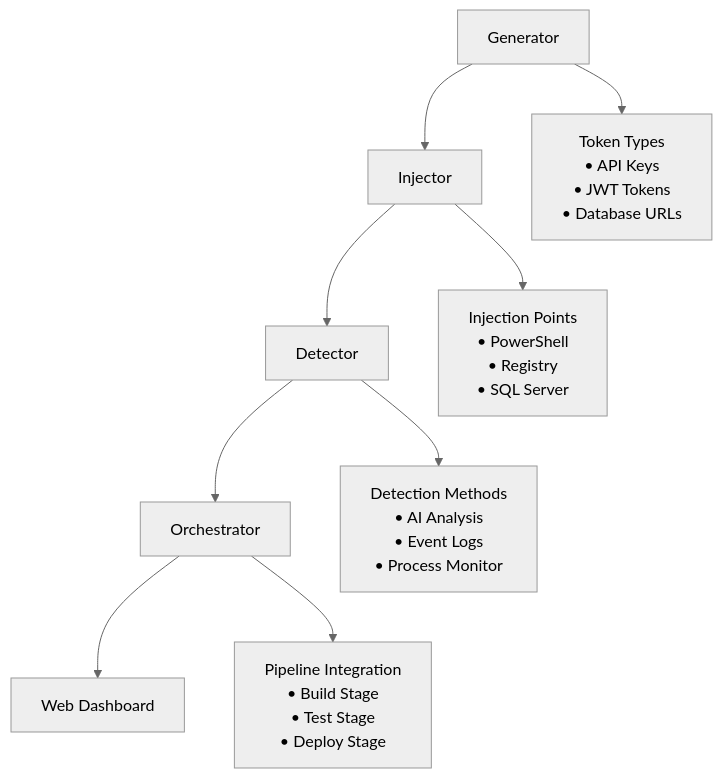
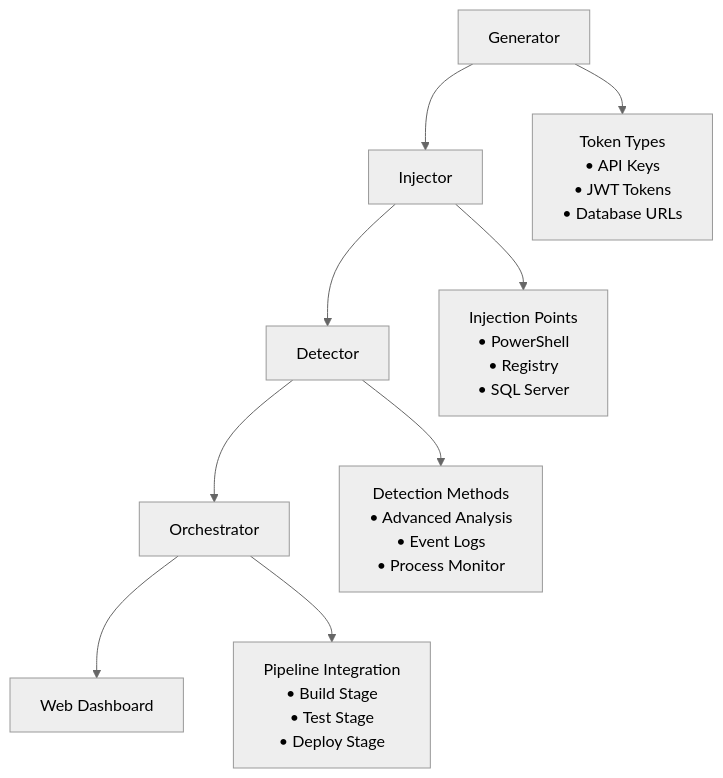
The diagram in README.md (Thibish2k4/AUTOMATED-HONEYTOKEN-INJECTION-DETECTION-IN-CI-CD-PIPELINE), drawn with Mermaid (neutral theme) before and after one commit.

````diff
--- a/README.md
+++ b/README.md
@@ -88,12 +88,12 @@
 ```mermaid
 graph TB
     A[Generator] --> B[Injector]
     B --> C[Detector]
     C --> D[Orchestrator]
     D --> E[Web Dashboard]
     
     A --> F[Token Types<br/>• API Keys<br/>• JWT Tokens<br/>• Database URLs]
     B --> G[Injection Points<br/>• PowerShell<br/>• Registry<br/>• SQL Server]
-    C --> H[Detection Methods<br/>• AI Analysis<br/>• Event Logs<br/>• Process Monitor]
+    C --> H[Detection Methods<br/>• Advanced Analysis<br/>• Event Logs<br/>• Process Monitor]
     D --> I[Pipeline Integration<br/>• Build Stage<br/>• Test Stage<br/>• Deploy Stage]
 ```
````
